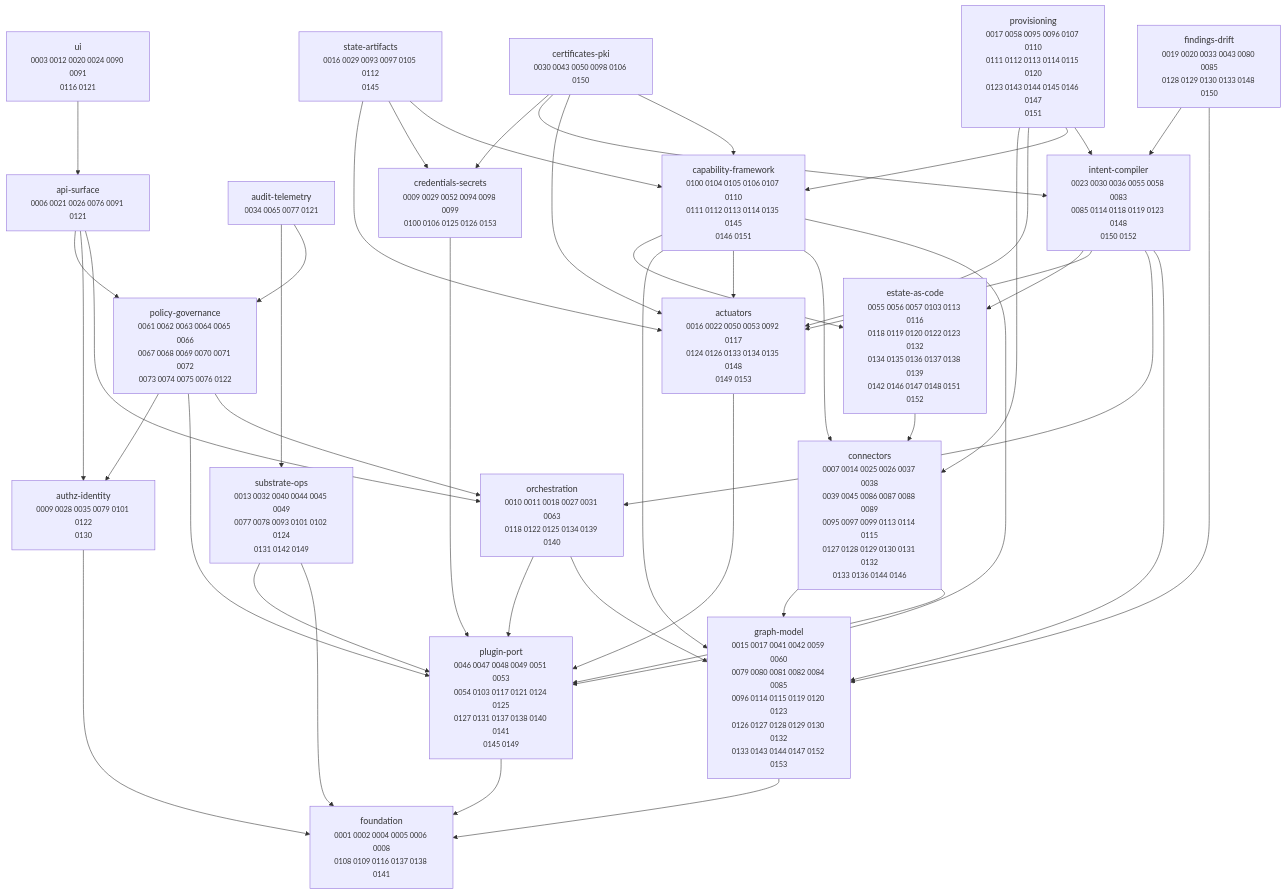
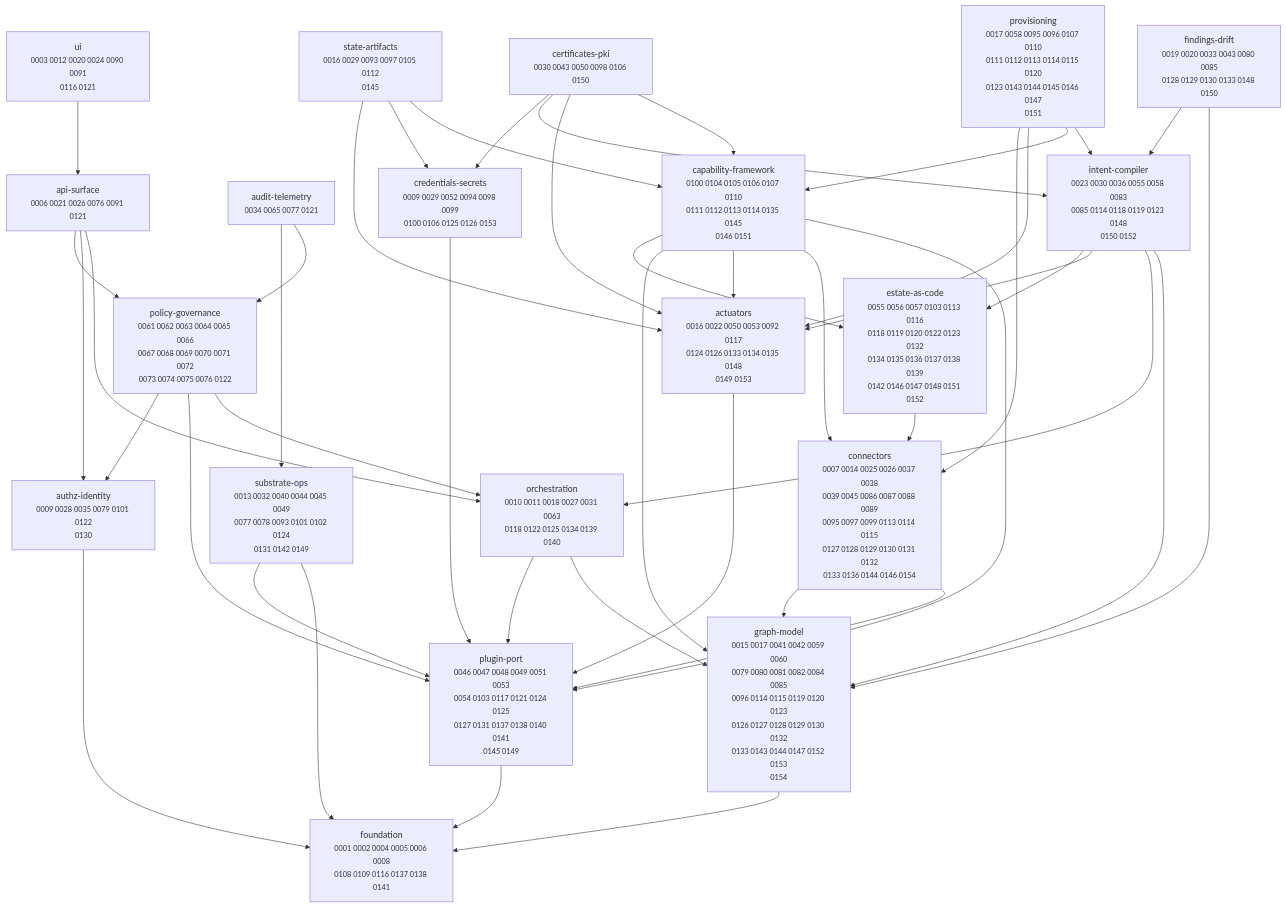
Before and after one commit to dstout-devops/stratt: the diagram in docs/adr/MAP.md, drawn with Mermaid. The commit also changed other lines of this file and 19 other files, not shown here.

````diff
--- a/docs/adr/MAP.md
+++ b/docs/adr/MAP.md
@@ -11,67 +11,67 @@
 ```mermaid
 graph TD
   actuators["actuators<br/><small>0016 0022 0050 0053 0092 0117<br/>0124 0126 0133 0134 0135 0148<br/>0149 0153</small>"]
   api_surface["api-surface<br/><small>0006 0021 0026 0076 0091 0121</small>"]
   audit_telemetry["audit-telemetry<br/><small>0034 0065 0077 0121</small>"]
   authz_identity["authz-identity<br/><small>0009 0028 0035 0079 0101 0122<br/>0130</small>"]
   capability_framework["capability-framework<br/><small>0100 0104 0105 0106 0107 0110<br/>0111 0112 0113 0114 0135 0145<br/>0146 0151</small>"]
   certificates_pki["certificates-pki<br/><small>0030 0043 0050 0098 0106 0150</small>"]
-  connectors["connectors<br/><small>0007 0014 0025 0026 0037 0038<br/>0039 0045 0086 0087 0088 0089<br/>0095 0097 0099 0113 0114 0115<br/>0127 0128 0129 0130 0131 0132<br/>0133 0136 0144 0146</small>"]
+  connectors["connectors<br/><small>0007 0014 0025 0026 0037 0038<br/>0039 0045 0086 0087 0088 0089<br/>0095 0097 0099 0113 0114 0115<br/>0127 0128 0129 0130 0131 0132<br/>0133 0136 0144 0146 0154</small>"]
   credentials_secrets["credentials-secrets<br/><small>0009 0029 0052 0094 0098 0099<br/>0100 0106 0125 0126 0153</small>"]
   estate_as_code["estate-as-code<br/><small>0055 0056 0057 0103 0113 0116<br/>0118 0119 0120 0122 0123 0132<br/>0134 0135 0136 0137 0138 0139<br/>0142 0146 0147 0148 0151 0152</small>"]
   findings_drift["findings-drift<br/><small>0019 0020 0033 0043 0080 0085<br/>0128 0129 0130 0133 0148 0150</small>"]
   foundation["foundation<br/><small>0001 0002 0004 0005 0006 0008<br/>0108 0109 0116 0137 0138 0141</small>"]
-  graph_model["graph-model<br/><small>0015 0017 0041 0042 0059 0060<br/>0079 0080 0081 0082 0084 0085<br/>0096 0114 0115 0119 0120 0123<br/>0126 0127 0128 0129 0130 0132<br/>0133 0143 0144 0147 0152 0153</small>"]
+  graph_model["graph-model<br/><small>0015 0017 0041 0042 0059 0060<br/>0079 0080 0081 0082 0084 0085<br/>0096 0114 0115 0119 0120 0123<br/>0126 0127 0128 0129 0130 0132<br/>0133 0143 0144 0147 0152 0153<br/>0154</small>"]
   intent_compiler["intent-compiler<br/><small>0023 0030 0036 0055 0058 0083<br/>0085 0114 0118 0119 0123 0148<br/>0150 0152</small>"]
   orchestration["orchestration<br/><small>0010 0011 0018 0027 0031 0063<br/>0118 0122 0125 0134 0139 0140</small>"]
   plugin_port["plugin-port<br/><small>0046 0047 0048 0049 0051 0053<br/>0054 0103 0117 0121 0124 0125<br/>0127 0131 0137 0138 0140 0141<br/>0145 0149</small>"]
   policy_governance["policy-governance<br/><small>0061 0062 0063 0064 0065 0066<br/>0067 0068 0069 0070 0071 0072<br/>0073 0074 0075 0076 0122</small>"]
   provisioning["provisioning<br/><small>0017 0058 0095 0096 0107 0110<br/>0111 0112 0113 0114 0115 0120<br/>0123 0143 0144 0145 0146 0147<br/>0151</small>"]
   state_artifacts["state-artifacts<br/><small>0016 0029 0093 0097 0105 0112<br/>0145</small>"]
   substrate_ops["substrate-ops<br/><small>0013 0032 0040 0044 0045 0049<br/>0077 0078 0093 0101 0102 0124<br/>0131 0142 0149</small>"]
   ui["ui<br/><small>0003 0012 0020 0024 0090 0091<br/>0116 0121</small>"]
 
   actuators --> plugin_port
   api_surface --> orchestration
   api_surface --> authz_identity
   api_surface --> policy_governance
   audit_telemetry --> policy_governance
   audit_telemetry --> substrate_ops
   authz_identity --> foundation
   capability_framework --> plugin_port
   capability_framework --> connectors
   capability_framework --> actuators
   capability_framework --> graph_model
   capability_framework --> estate_as_code
   certificates_pki --> capability_framework
   certificates_pki --> actuators
   certificates_pki --> intent_compiler
   certificates_pki --> credentials_secrets
   connectors --> plugin_port
   connectors --> graph_model
   credentials_secrets --> plugin_port
   estate_as_code --> connectors
   findings_drift --> graph_model
   findings_drift --> intent_compiler
   graph_model --> foundation
   intent_compiler --> graph_model
   intent_compiler --> orchestration
   intent_compiler --> actuators
   intent_compiler --> estate_as_code
   orchestration --> graph_model
   orchestration --> plugin_port
   plugin_port --> foundation
   policy_governance --> orchestration
   policy_governance --> plugin_port
   policy_governance --> authz_identity
   provisioning --> intent_compiler
   provisioning --> capability_framework
   provisioning --> actuators
   provisioning --> connectors
   state_artifacts --> capability_framework
   state_artifacts --> credentials_secrets
   state_artifacts --> actuators
   substrate_ops --> foundation
   substrate_ops --> plugin_port
   ui --> api_surface
 ```
````
